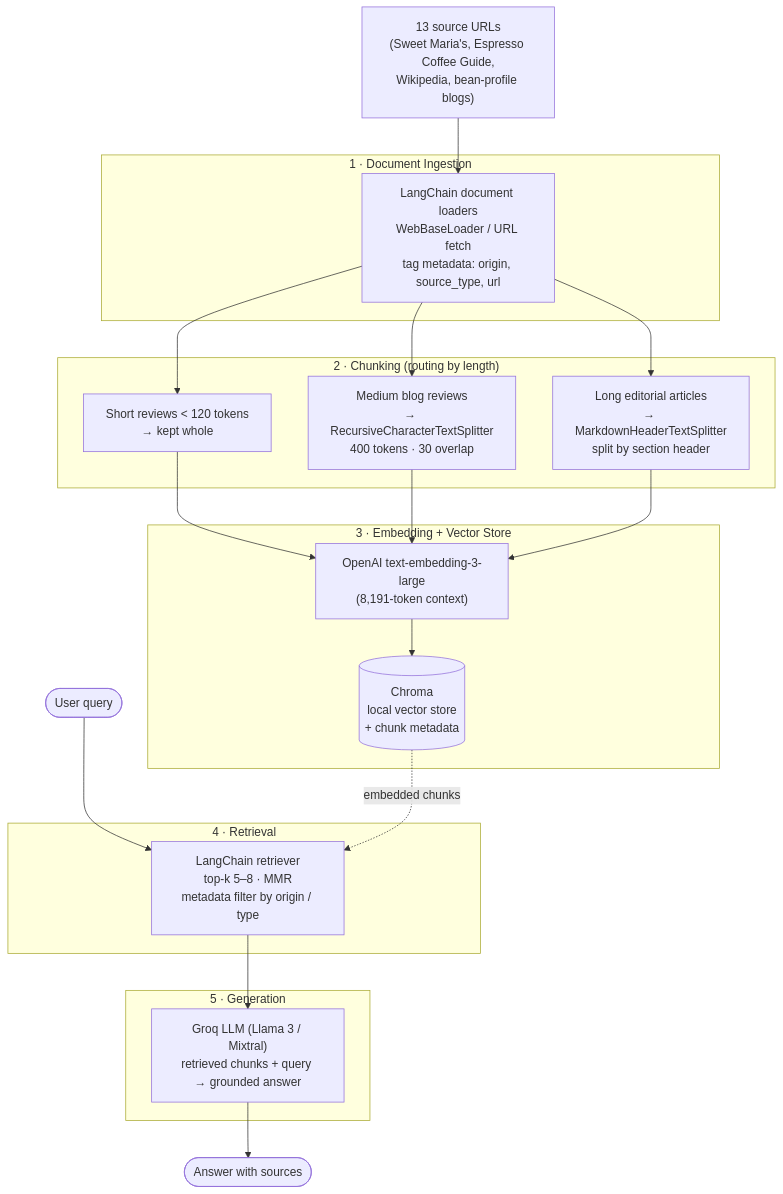
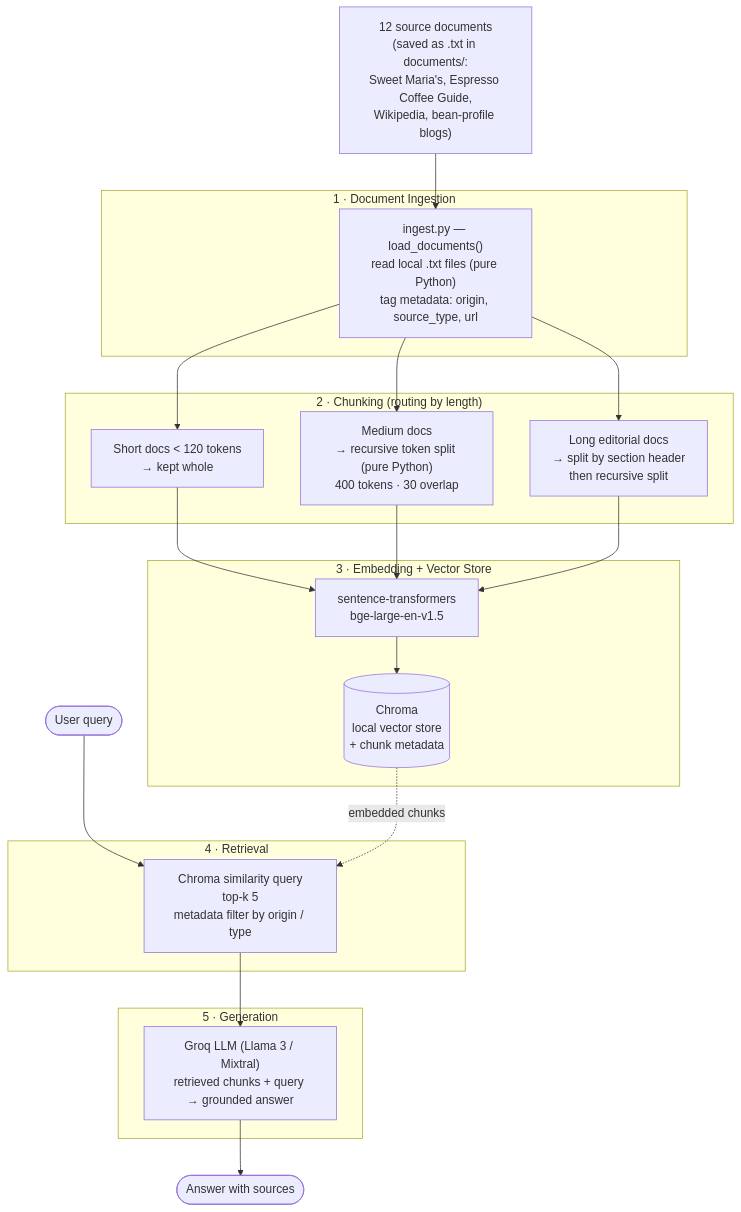
Before and after one commit to thisiswhale/ai201-project1-unofficial-guide-starter: the diagram in planning.md, drawn with Mermaid. The commit also changed other lines of this file, not shown here.

Commit message:
Update sources and use sources strictly in python as possible

````diff
--- a/planning.md
+++ b/planning.md
@@ -113,35 +113,35 @@
 ```mermaid
 flowchart TD
-    SRC["13 source URLs<br/>(Sweet Maria's, Espresso Coffee Guide,<br/>Wikipedia, bean-profile blogs)"]
+    SRC["12 source documents<br/>(saved as .txt in documents/:<br/>Sweet Maria's, Espresso Coffee Guide,<br/>Wikipedia, bean-profile blogs)"]
 
     subgraph S1["1 · Document Ingestion"]
-        I["LangChain document loaders<br/>WebBaseLoader / URL fetch<br/>tag metadata: origin, source_type, url"]
+        I["ingest.py — load_documents()<br/>read local .txt files (pure Python)<br/>tag metadata: origin, source_type, url"]
     end
 
     subgraph S2["2 · Chunking (routing by length)"]
-        C1["Short reviews &lt; 120 tokens<br/>→ kept whole"]
-        C2["Medium blog reviews<br/>→ RecursiveCharacterTextSplitter<br/>400 tokens · 30 overlap"]
-        C3["Long editorial articles<br/>→ MarkdownHeaderTextSplitter<br/>split by section header"]
+        C1["Short docs &lt; 120 tokens<br/>→ kept whole"]
+        C2["Medium docs<br/>→ recursive token split (pure Python)<br/>400 tokens · 30 overlap"]
+        C3["Long editorial docs<br/>→ split by section header<br/>then recursive split"]
     end
 
     subgraph S3["3 · Embedding + Vector Store"]
-        E["OpenAI text-embedding-3-large<br/>(8,191-token context)"]
+        E["sentence-transformers<br/>bge-large-en-v1.5"]
         V[("Chroma<br/>local vector store<br/>+ chunk metadata")]
     end
 
     subgraph S4["4 · Retrieval"]
-        R["LangChain retriever<br/>top-k 5–8 · MMR<br/>metadata filter by origin / type"]
+        R["Chroma similarity query<br/>top-k 5<br/>metadata filter by origin / type"]
     end
 
     subgraph S5["5 · Generation"]
         G["Groq LLM (Llama 3 / Mixtral)<br/>retrieved chunks + query → grounded answer"]
     end
 
     Q(["User query"])
 
     SRC --> I --> C1 & C2 & C3
     C1 & C2 & C3 --> E --> V
     Q --> R
     V -. embedded chunks .-> R
     R --> G --> ANS(["Answer with sources"])
 ```
````
